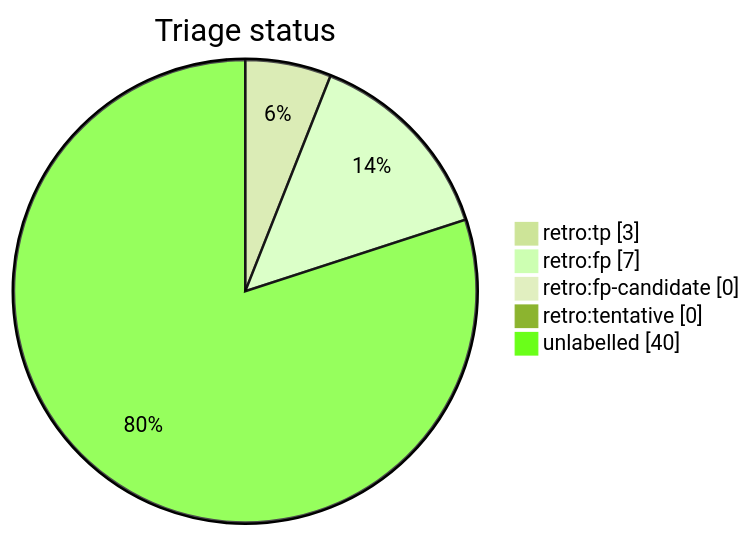
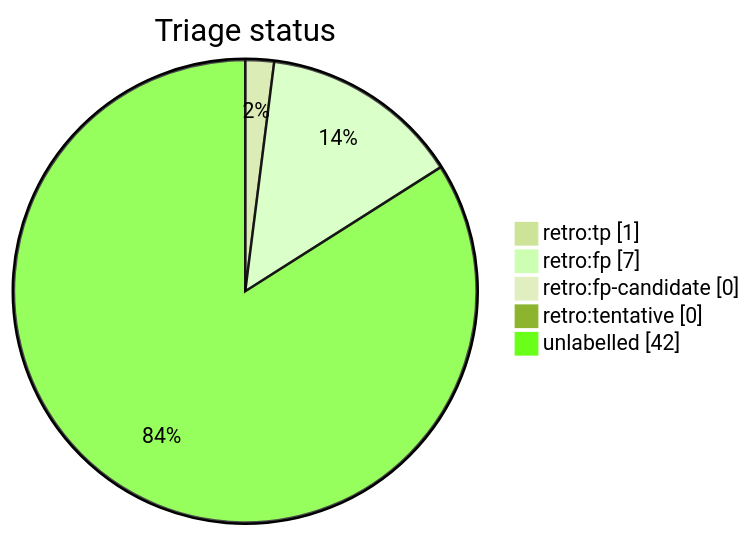
One commit to tvna/claude-md changed the diagram in docs/generated/scripts/auto-retro-triage-report.md. Above: the diagram before and after it, drawn with Mermaid (forest theme). The commit also changed other lines of this file, not shown here.

First line of the commit message:
chore(auto-retro): refresh triage report

````diff
--- a/docs/generated/scripts/auto-retro-triage-report.md
+++ b/docs/generated/scripts/auto-retro-triage-report.md
@@ -15,9 +15,9 @@
 ```mermaid
 pie showData
     title Triage status
-    "retro:tp" : 3
+    "retro:tp" : 1
     "retro:fp" : 7
     "retro:fp-candidate" : 0
     "retro:tentative" : 0
-    "unlabelled" : 40
+    "unlabelled" : 42
 ```
````
